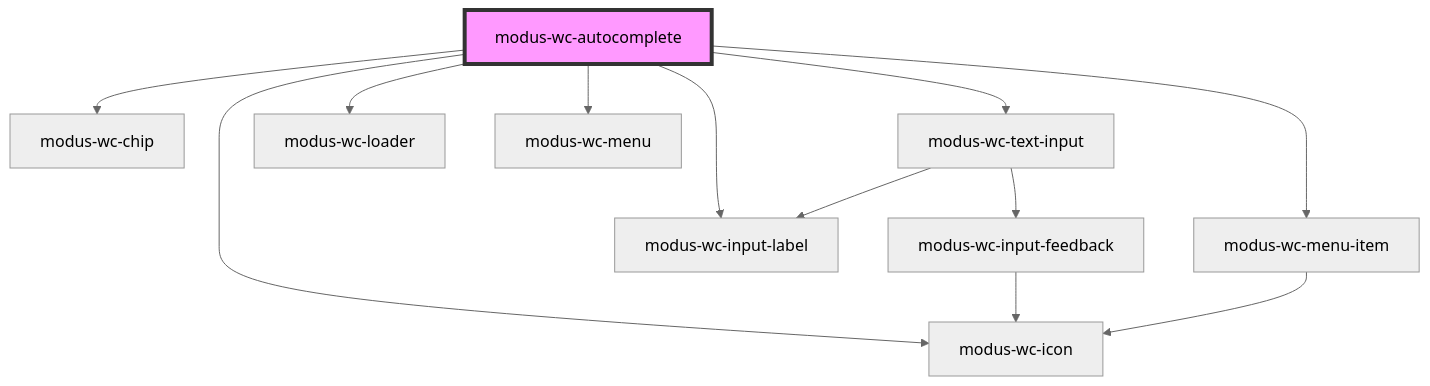
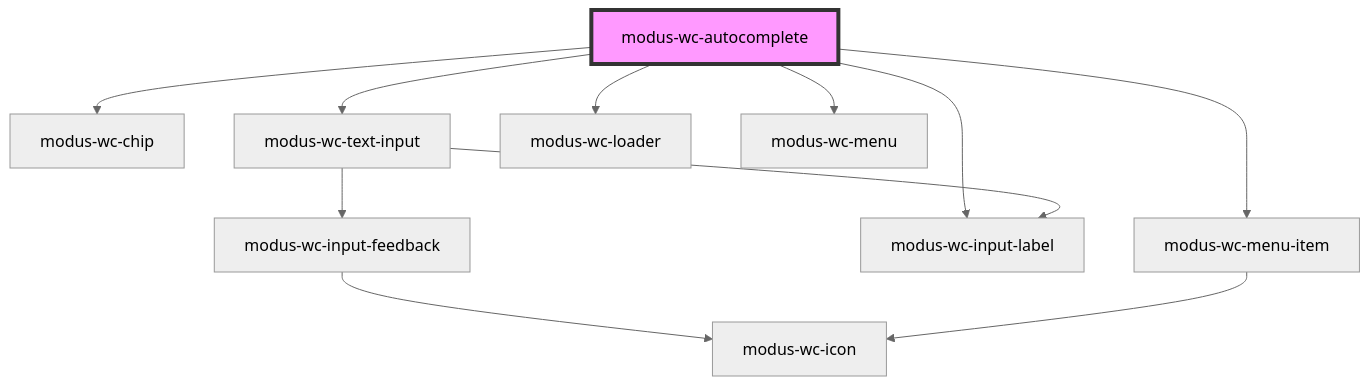
The diagram in src/components/modus-wc-autocomplete/readme.md (trimble-oss/modus-wc-2.0), drawn with Mermaid (neutral theme) before and after one commit. The commit also changed other lines of this file and 27 other files, not shown here.

````diff
--- a/src/components/modus-wc-autocomplete/readme.md
+++ b/src/components/modus-wc-autocomplete/readme.md
@@ -63,15 +62,14 @@
 ```mermaid
 graph TD;
-  modus-wc-autocomplete --> modus-wc-icon
   modus-wc-autocomplete --> modus-wc-chip
   modus-wc-autocomplete --> modus-wc-text-input
   modus-wc-autocomplete --> modus-wc-loader
   modus-wc-autocomplete --> modus-wc-menu-item
   modus-wc-autocomplete --> modus-wc-input-label
   modus-wc-autocomplete --> modus-wc-menu
   modus-wc-text-input --> modus-wc-input-label
   modus-wc-text-input --> modus-wc-input-feedback
   modus-wc-input-feedback --> modus-wc-icon
   modus-wc-menu-item --> modus-wc-icon
   style modus-wc-autocomplete fill:#f9f,stroke:#333,stroke-width:4px
 ```
````
